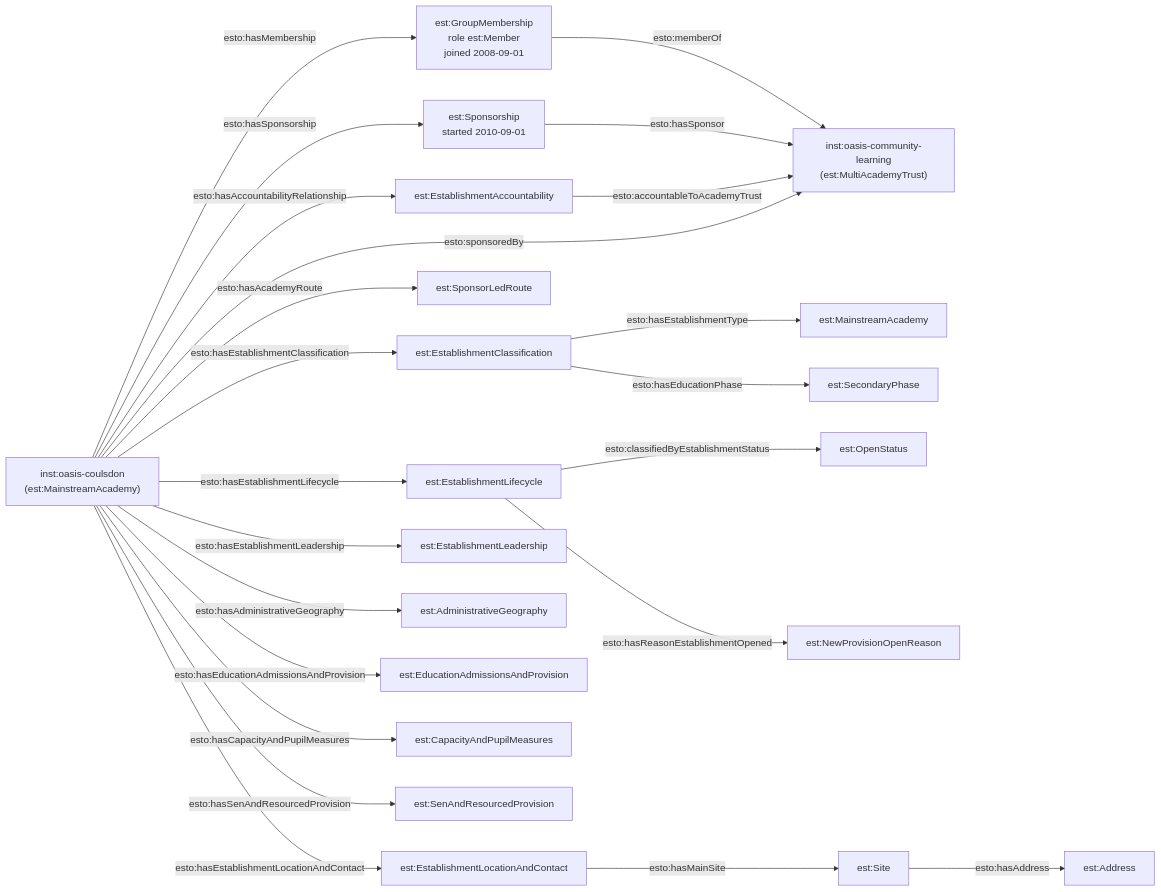
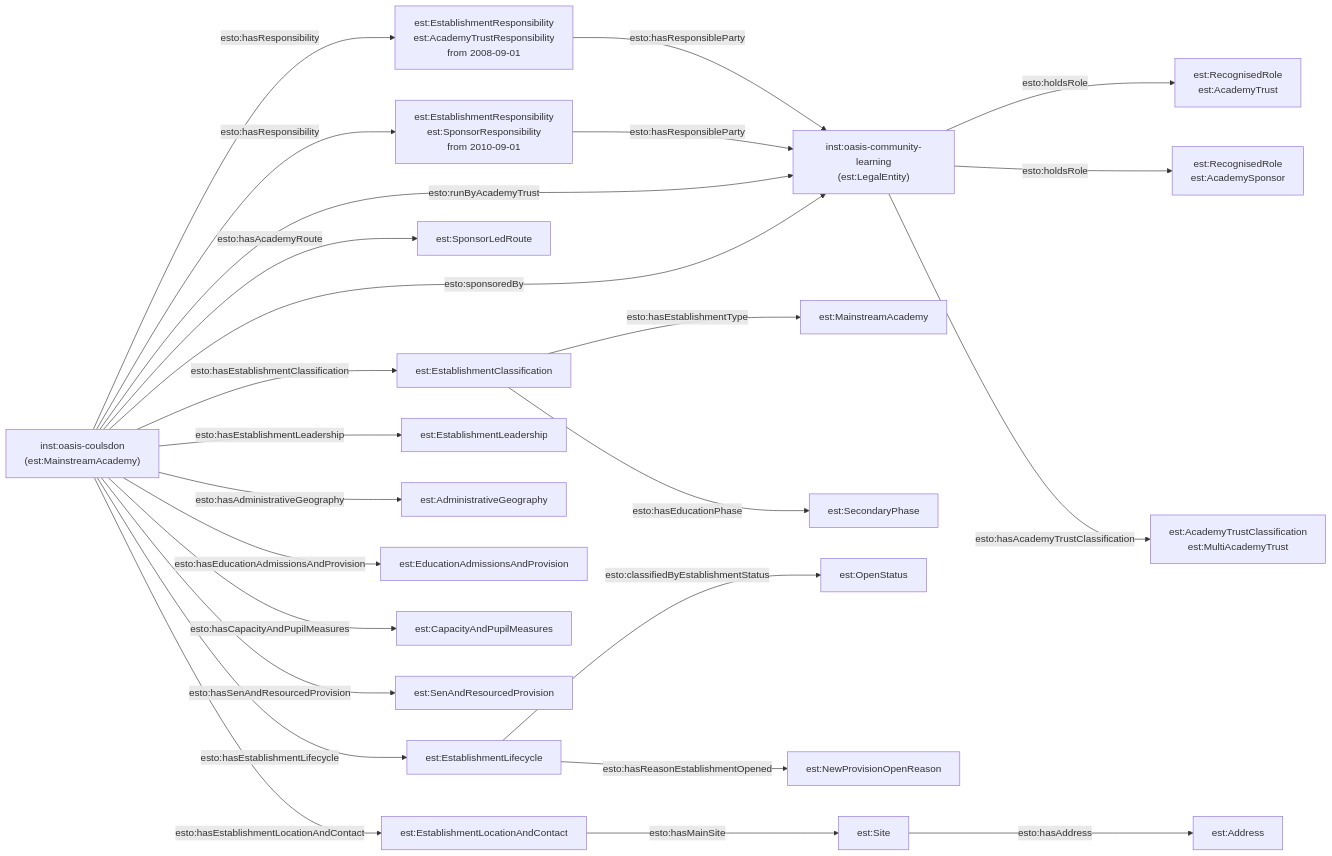
The second of 2 diagrams in docs-site/content/models/establishment/worked-examples/oasis-community-learning/index.md (DFE-Digital/education-provider-registry-docs), drawn with Mermaid before and after one commit. The commit also changed other lines of this file and 100 other files, not shown here.

````diff
--- a/docs-site/content/models/establishment/worked-examples/oasis-community-learning/index.md
+++ b/docs-site/content/models/establishment/worked-examples/oasis-community-learning/index.md
@@ -77,32 +77,34 @@
 ```mermaid
 flowchart LR
-    OCL["inst:oasis-community-learning<br/>(est:MultiAcademyTrust)"]
+    OCL["inst:oasis-community-learning<br/>(est:LegalEntity)"]
     OC["inst:oasis-coulsdon<br/>(est:MainstreamAcademy)"]
 
-    OC -->|esto:hasMembership| GM1["est:GroupMembership<br/>role est:Member<br/>joined 2008-09-01"]
-    OC -->|esto:hasSponsorship| SPN["est:Sponsorship<br/>started 2010-09-01"]
-    GM1 -->|esto:memberOf| OCL
-    SPN -->|esto:hasSponsor| OCL
+    OCL -->|esto:holdsRole| R1["est:RecognisedRole<br/>est:AcademyTrust"]
+    OCL -->|esto:holdsRole| R2["est:RecognisedRole<br/>est:AcademySponsor"]
+    OCL -->|esto:hasAcademyTrustClassification| CLS["est:AcademyTrustClassification<br/>est:MultiAcademyTrust"]
 
-    OC -->|esto:hasAccountabilityRelationship| ACC["est:EstablishmentAccountability"]
-    ACC -->|esto:accountableToAcademyTrust| OCL
+    OC -->|esto:hasResponsibility| RUN["est:EstablishmentResponsibility<br/>est:AcademyTrustResponsibility<br/>from 2008-09-01"]
+    OC -->|esto:hasResponsibility| SPN["est:EstablishmentResponsibility<br/>est:SponsorResponsibility<br/>from 2010-09-01"]
+    RUN -->|esto:hasResponsibleParty| OCL
+    SPN -->|esto:hasResponsibleParty| OCL
+    OC -->|esto:runByAcademyTrust| OCL
     OC -->|esto:sponsoredBy| OCL
 
     OC -->|esto:hasEstablishmentClassification| CL["est:EstablishmentClassification"]
     CL -->|esto:hasEstablishmentType| TY["est:MainstreamAcademy"]
     CL -->|esto:hasEducationPhase| PH["est:SecondaryPhase"]
     OC -->|esto:hasAcademyRoute| RT["est:SponsorLedRoute"]
 
     OC -->|esto:hasEstablishmentLifecycle| LC["est:EstablishmentLifecycle"]
     LC -->|esto:classifiedByEstablishmentStatus| OS["est:OpenStatus"]
     LC -->|esto:hasReasonEstablishmentOpened| RO["est:NewProvisionOpenReason"]
 
     OC -->|esto:hasEstablishmentLocationAndContact| LOC["est:EstablishmentLocationAndContact"]
     LOC -->|esto:hasMainSite| SITE["est:Site"]
     SITE -->|esto:hasAddress| ADDR["est:Address"]
     OC -->|esto:hasEstablishmentLeadership| LEAD["est:EstablishmentLeadership"]
     OC -->|esto:hasAdministrativeGeography| GEO["est:AdministrativeGeography"]
     OC -->|esto:hasEducationAdmissionsAndProvision| ADM["est:EducationAdmissionsAndProvision"]
     OC -->|esto:hasCapacityAndPupilMeasures| CAP["est:CapacityAndPupilMeasures"]
     OC -->|esto:hasSenAndResourcedProvision| SEN["est:SenAndResourcedProvision"]
 ```
````
